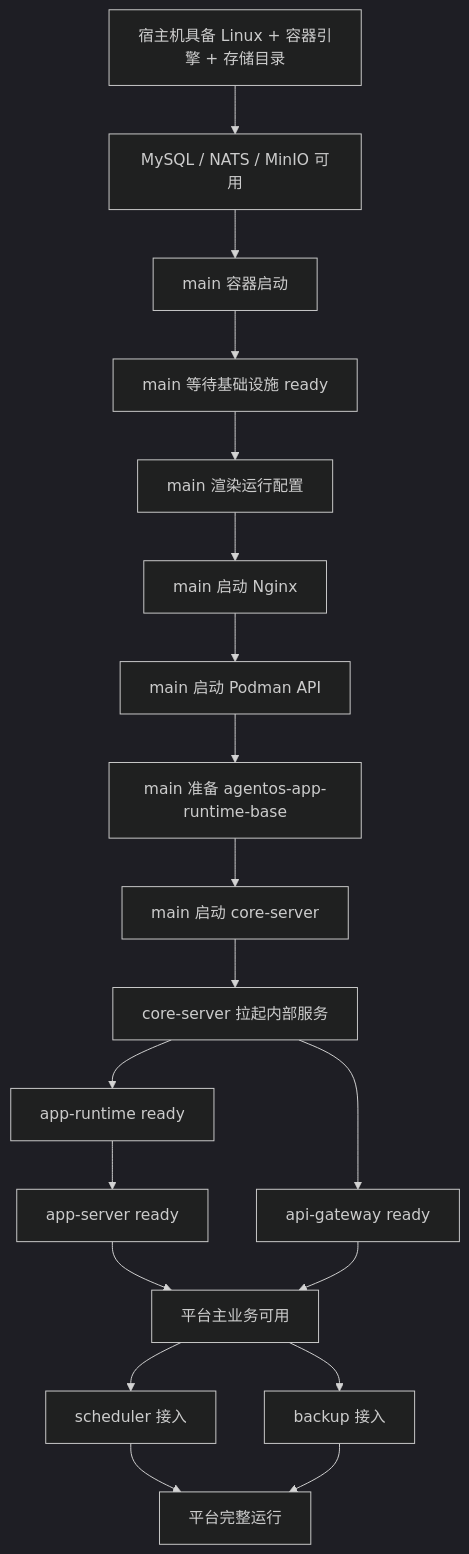
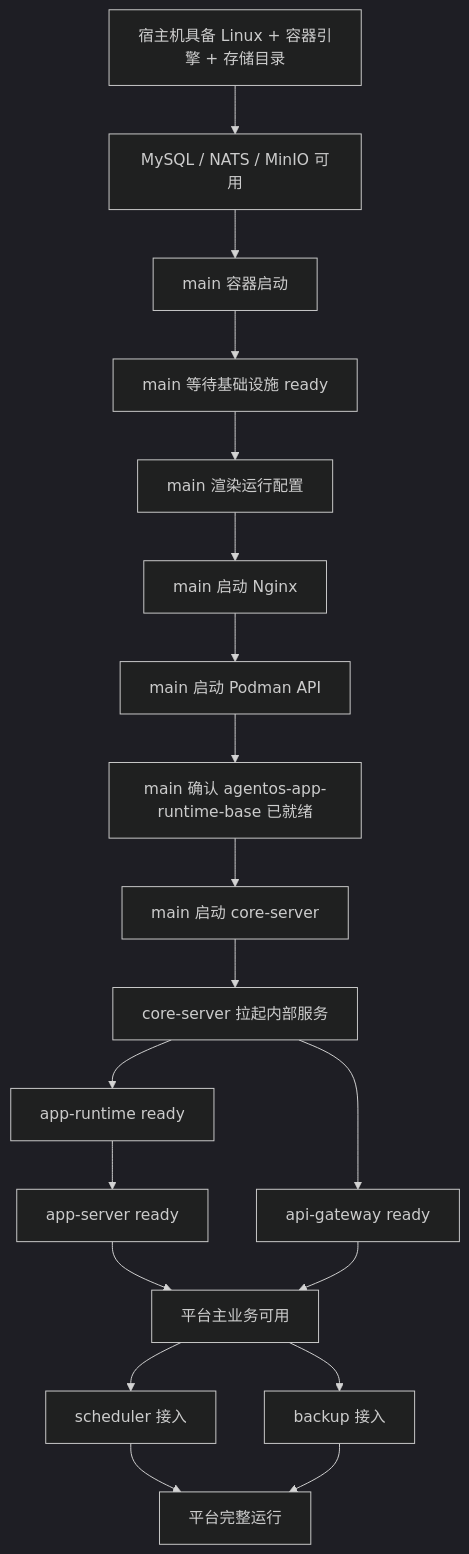
The fourth of 6 diagrams in deploy/prod/DEPLOYMENT_FLOW.md (kageos/kageos), drawn with Mermaid (dark theme) before and after one commit. The commit also changed other lines of this file and 18 other files, not shown here.

````diff
--- a/deploy/prod/DEPLOYMENT_FLOW.md
+++ b/deploy/prod/DEPLOYMENT_FLOW.md
@@ -288,21 +288,21 @@
 ```mermaid
 flowchart TD
     A[宿主机具备 Linux + 容器引擎 + 存储目录] --> B[MySQL / NATS / MinIO 可用]
     B --> C[main 容器启动]
     C --> D[main 等待基础设施 ready]
     D --> E[main 渲染运行配置]
     E --> F[main 启动 Nginx]
     F --> G[main 启动 Podman API]
-    G --> H[main 准备 agentos-app-runtime-base]
+    G --> H[main 确认 agentos-app-runtime-base 已就绪]
     H --> I[main 启动 core-server]
     I --> J[core-server 拉起内部服务]
     J --> K[app-runtime ready]
     K --> L[app-server ready]
     J --> M[api-gateway ready]
     L --> N[平台主业务可用]
     M --> N
     N --> O[scheduler 接入]
     N --> P[backup 接入]
     O --> Q[平台完整运行]
     P --> Q
 ```
````
